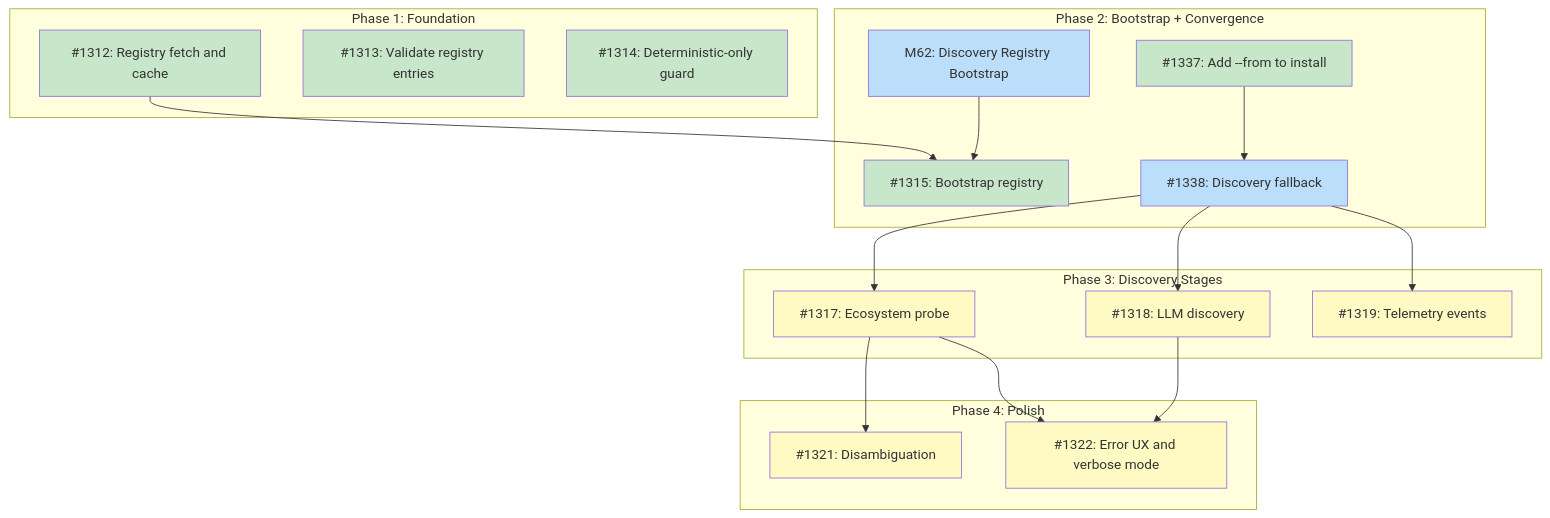
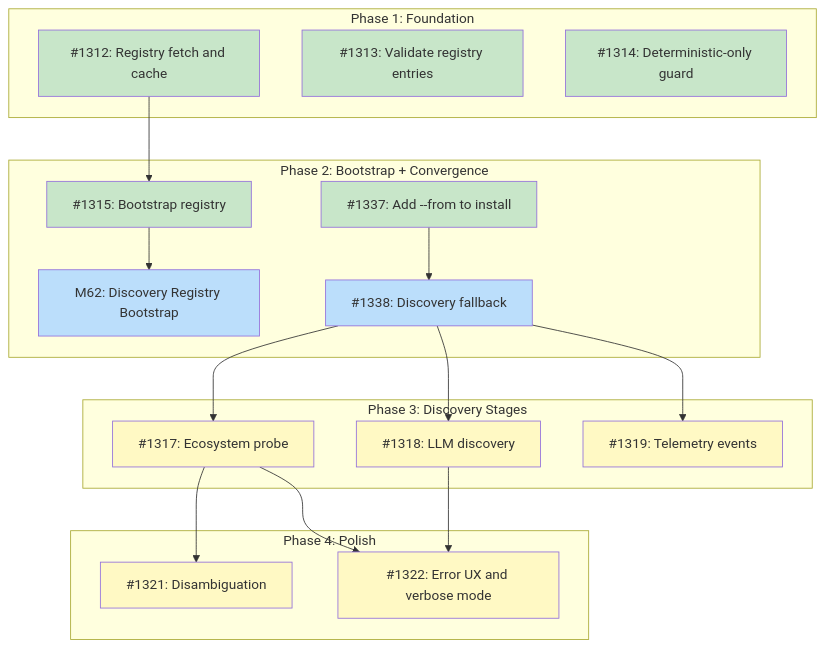
One commit to tsukumogami/tsuku changed the diagram in docs/designs/DESIGN-discovery-resolver.md. Above: the diagram before and after it, drawn with Mermaid. The commit also changed other lines of this file, not shown here.

Commit message:
docs(discovery): mark #1315 done, M62 follows as implementation milestone

````diff
--- a/docs/designs/DESIGN-discovery-resolver.md
+++ b/docs/designs/DESIGN-discovery-resolver.md
@@ -61,49 +61,49 @@
 ```mermaid
 graph TD
     subgraph Phase1["Phase 1: Foundation"]
         I1312["#1312: Registry fetch and cache"]
         I1313["#1313: Validate registry entries"]
         I1314["#1314: Deterministic-only guard"]
     end
 
     subgraph Phase2["Phase 2: Bootstrap + Convergence"]
         M62["M62: Discovery Registry Bootstrap"]
         I1315["#1315: Bootstrap registry"]
         I1337["#1337: Add --from to install"]
         I1338["#1338: Discovery fallback"]
     end
 
     subgraph Phase3["Phase 3: Discovery Stages"]
         I1317["#1317: Ecosystem probe"]
         I1318["#1318: LLM discovery"]
         I1319["#1319: Telemetry events"]
     end
 
     subgraph Phase4["Phase 4: Polish"]
         I1321["#1321: Disambiguation"]
         I1322["#1322: Error UX and verbose mode"]
     end
 
     I1312 --> I1315
-    M62 --> I1315
+    I1315 --> M62
     I1337 --> I1338
     I1338 --> I1317
     I1338 --> I1318
     I1338 --> I1319
     I1317 --> I1321
     I1317 --> I1322
     I1318 --> I1322
 
     classDef done fill:#c8e6c9
     classDef ready fill:#bbdefb
     classDef blocked fill:#fff9c4
     classDef needsDesign fill:#e1bee7
 
     class I1312,I1313,I1314 done
     class I1337 done
     class I1338 ready
     class I1319 blocked
     class M62 ready
     class I1315 done
     class I1317,I1318,I1321,I1322 blocked
 ```
````
